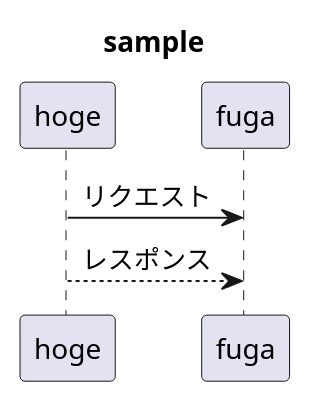
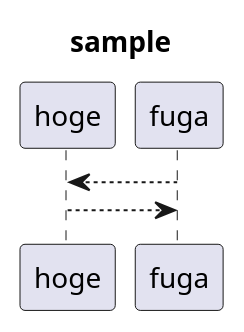
One commit to ksk-jp/plantuml-to-img changed the diagram in sample/sample.pu. Above: the diagram before and after it, drawn with PlantUML.

Commit message:
サンプル変更

```diff
--- a/sample/sample.pu
+++ b/sample/sample.pu
@@ -1,5 +1,5 @@
 @startuml
 title sample
-hoge -> fuga: リクエスト
-hoge --> fuga: レスポンス
+hoge <-- fuga
+hoge --> fuga
 @enduml
```
